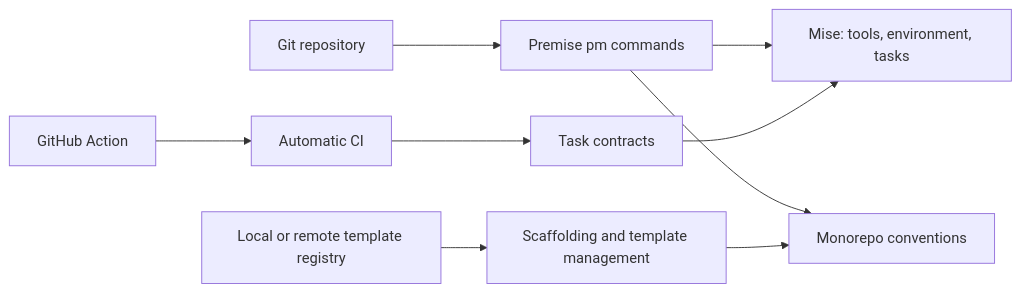
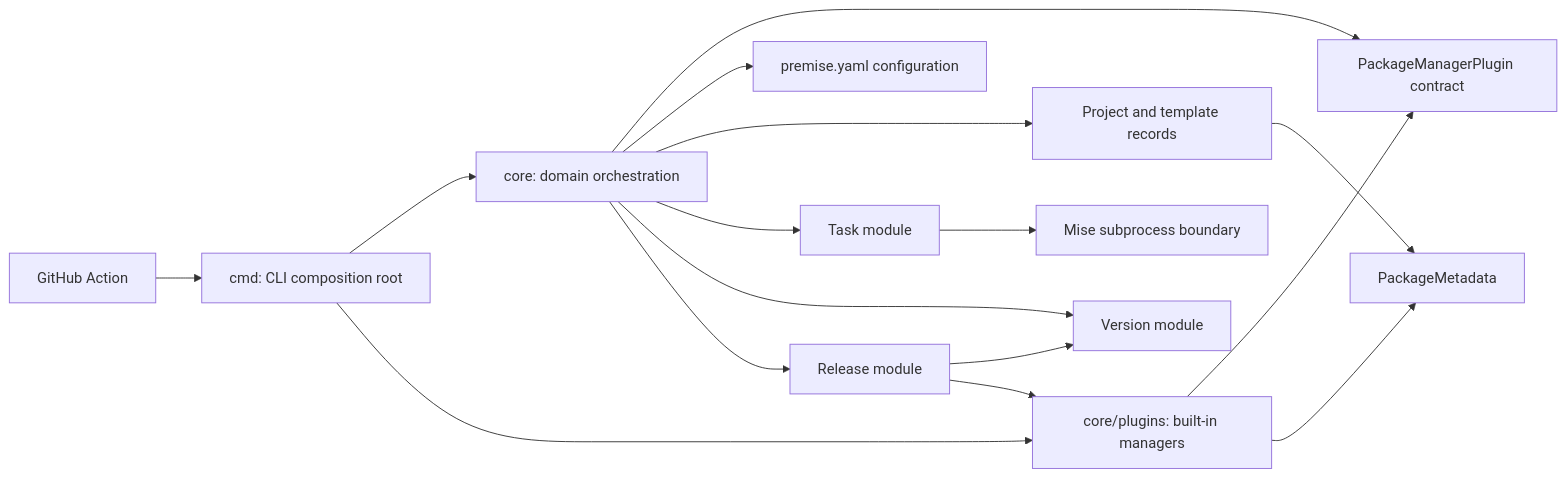
The diagram in docs/architecture.md (cloudvoyant/premise), drawn with Mermaid before and after one commit. The commit also changed other lines of this file and 29 other files, not shown here.

First line of the commit message:
feat(release): select package managers from workspace config

````diff
--- a/docs/architecture.md
+++ b/docs/architecture.md
@@ -30,11 +30,18 @@
 ```mermaid
 flowchart LR
-  Git[Git repository] --> PM[Premise pm commands]
-  PM --> Mise[Mise: tools, environment, tasks]
-  PM --> Mono[Monorepo conventions]
-  Registry[Local or remote template registry] --> Scaffold[Scaffolding and template management]
-  Scaffold --> Mono
-  Action[GitHub Action] --> CI[Automatic CI]
-  CI --> Contracts[Task contracts]
-  Contracts --> Mise
+  CLI[cmd: CLI composition root] --> Core[core: domain orchestration]
+  CLI --> Plugins[core/plugins: built-in managers]
+  Plugins --> Contracts[PackageManagerPlugin contract]
+  Core --> Contracts
+  Core --> Config[premise.yaml configuration]
+  Core --> Project[Project and template records]
+  Core --> Tasks[Task module]
+  Core --> Version[Version module]
+  Core --> Release[Release module]
+  Project --> Metadata[PackageMetadata]
+  Plugins --> Metadata
+  Tasks --> Mise[Mise subprocess boundary]
+  Release --> Version
+  Release --> Plugins
+  Action[GitHub Action] --> CLI
 ```
````
